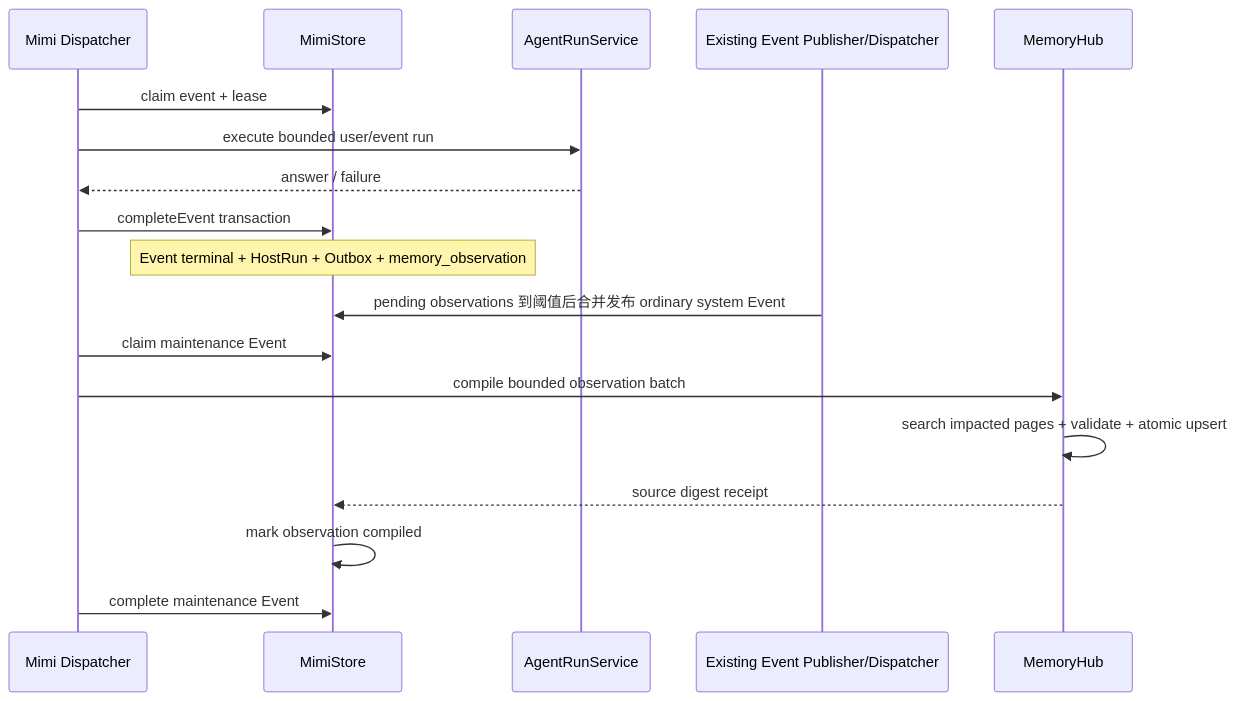
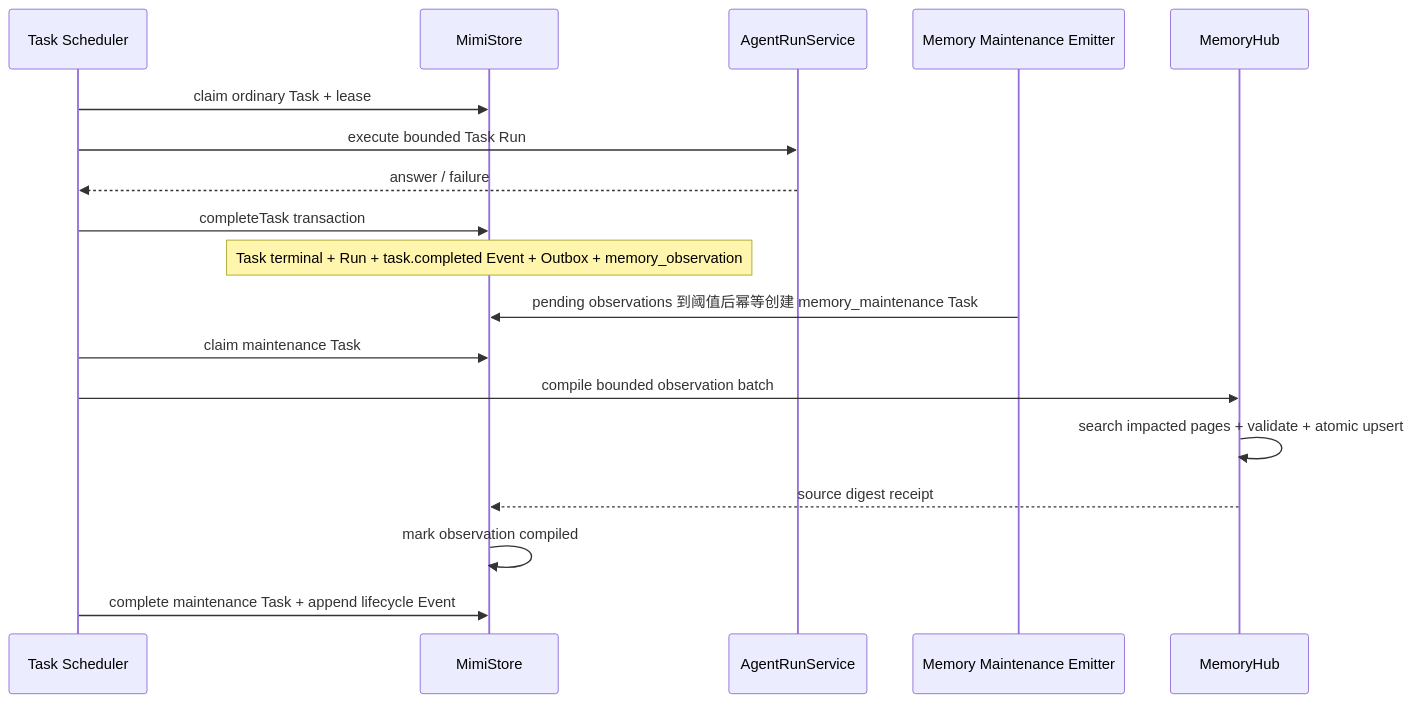
One commit to Kickflip73/NanoAgent changed the fifth of 5 diagrams in docs/plans/20260715-MimiAgent统一MemoryHub-计划.md. Above: the diagram before and after it, drawn with Mermaid. The commit also changed other lines of this file and 104 other files, not shown here.

Commit message:
feat: unify Mimi task runtime and workspace assets

````diff
--- a/docs/plans/20260715-MimiAgent统一MemoryHub-计划.md
+++ b/docs/plans/20260715-MimiAgent统一MemoryHub-计划.md
@@ -436,21 +491,21 @@
 ```mermaid
 sequenceDiagram
-    participant J as Mimi Dispatcher
+    participant Q as Task Scheduler
     participant S as MimiStore
     participant A as AgentRunService
-    participant E as Existing Event Publisher/Dispatcher
+    participant M as Memory Maintenance Emitter
     participant H as MemoryHub
 
-    J->>S: claim event + lease
-    J->>A: execute bounded user/event run
-    A-->>J: answer / failure
-    J->>S: completeEvent transaction
-    Note over S: Event terminal + HostRun + Outbox + memory_observation
-    E->>S: pending observations 到阈值后合并发布 ordinary system Event
-    J->>S: claim maintenance Event
-    J->>H: compile bounded observation batch
+    Q->>S: claim ordinary Task + lease
+    Q->>A: execute bounded Task Run
+    A-->>Q: answer / failure
+    Q->>S: completeTask transaction
+    Note over S: Task terminal + Run + task.completed Event + Outbox + memory_observation
+    M->>S: pending observations 到阈值后幂等创建 memory_maintenance Task
+    Q->>S: claim maintenance Task
+    Q->>H: compile bounded observation batch
     H->>H: search impacted pages + validate + atomic upsert
     H-->>S: source digest receipt
     S->>S: mark observation compiled
-    J->>S: complete maintenance Event
+    Q->>S: complete maintenance Task + append lifecycle Event
 ```
````
